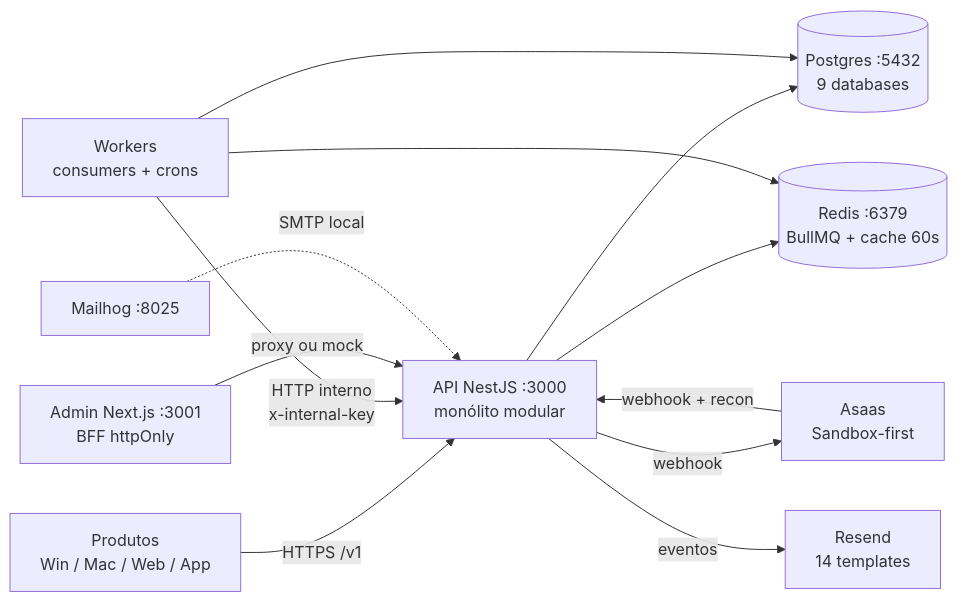
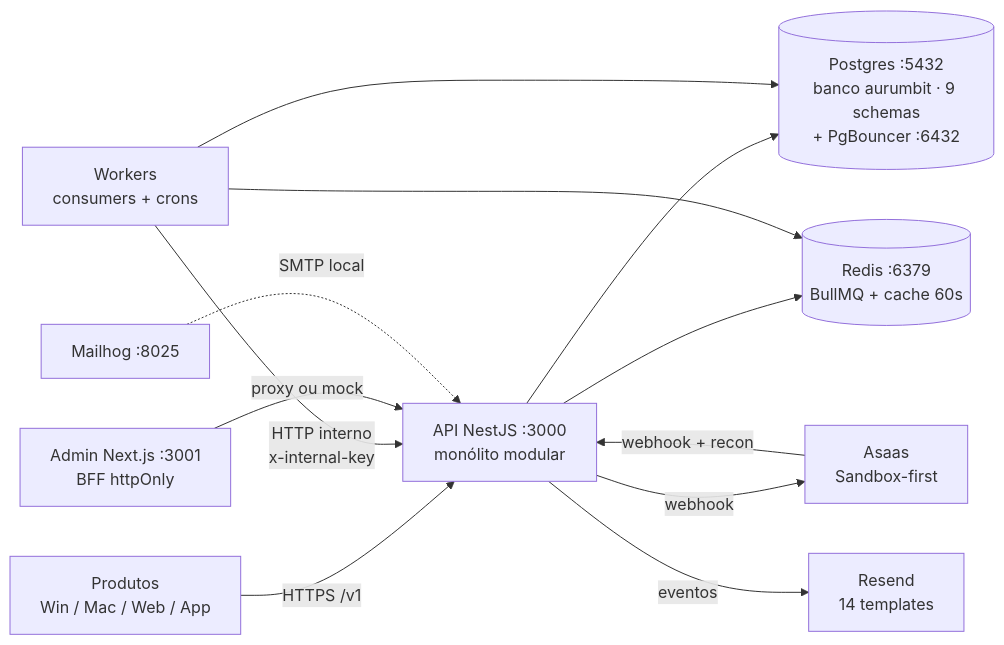
The first of 6 diagrams in docs/ARCHITECTURE-VISUAL.md (Davidev29/backend-aurumbit), drawn with Mermaid before and after one commit. The commit also changed other lines of this file and 49 other files, not shown here.

````diff
--- a/docs/ARCHITECTURE-VISUAL.md
+++ b/docs/ARCHITECTURE-VISUAL.md
@@ -7,14 +7,14 @@
 ```mermaid
 flowchart LR
   P["Produtos<br/>Win / Mac / Web / App"] -->|HTTPS /v1| API["API NestJS :3000<br/>monólito modular"]
-  API --> PG[("Postgres :5432<br/>9 databases")]
+  API --> PG[("Postgres :5432<br/>banco aurumbit · 9 schemas<br/>+ PgBouncer :6432")]
   API --> RD[("Redis :6379<br/>BullMQ + cache 60s")]
   W["Workers<br/>consumers + crons"] -->|HTTP interno<br/>x-internal-key| API
   W --> RD
   W --> PG
   API -->|webhook| AS["Asaas<br/>Sandbox-first"]
   AS -->|webhook + recon| API
   API -->|eventos| RS["Resend<br/>14 templates"] 
   AD["Admin Next.js :3001<br/>BFF httpOnly"] -->|proxy ou mock| API
   MH["Mailhog :8025"] -.->|SMTP local| API
 ```
````
